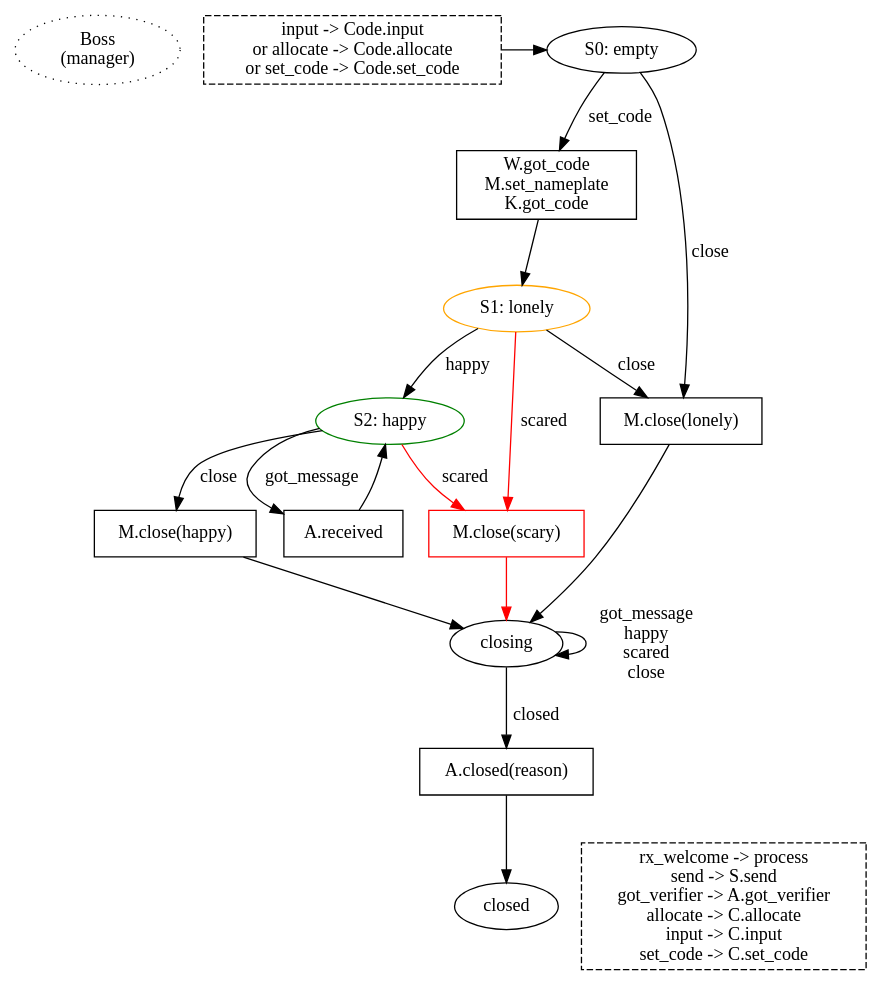
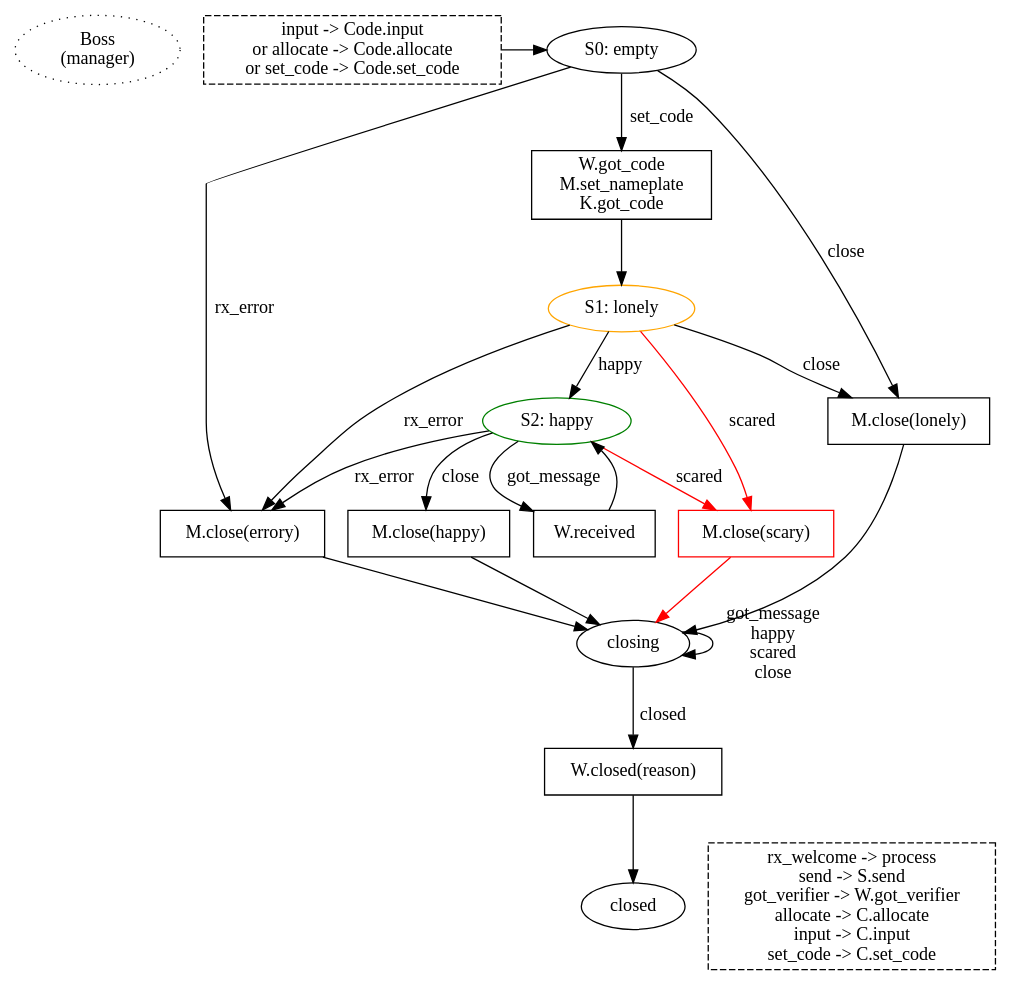
The diagram in docs/boss.dot (magic-wormhole/magic-wormhole), drawn with Graphviz before and after one commit. The commit also changed 9 other files, not shown here.

```diff
--- a/docs/boss.dot
+++ b/docs/boss.dot
@@ -1,61 +1,66 @@
 digraph {
 
         /* could shave a RTT by committing to the nameplate early, before
         finishing the rest of the code input. While the user is still
         typing/completing the code, we claim the nameplate, open the mailbox,
         and retrieve the peer's PAKE message. Then as soon as the user
         finishes entering the code, we build our own PAKE message, send PAKE,
         compute the key, send VERSION. Starting from the Return, this saves
         two round trips. OTOH it adds consequences to hitting Tab. */
 
         start [label="Boss\n(manager)" style="dotted"]
 
         {rank=same; P0_code S0}
         P0_code [shape="box" style="dashed"
                  label="input -> Code.input\n or allocate -> Code.allocate\n or set_code -> Code.set_code"]
         P0_code -> S0
         S0 [label="S0: empty"]
         S0 -> P0_build [label="set_code"]
 
+        S0 -> P_close_error [label="rx_error"]
+        P_close_error [shape="box" label="M.close(errory)"]
+        P_close_error -> S_closing
         S0 -> P_close_lonely [label="close"]
 
         P0_build [shape="box" label="W.got_code\nM.set_nameplate\nK.got_code"]
         P0_build -> S1
         S1 [label="S1: lonely" color="orange"]
 
         S1 -> S2 [label="happy"]
 
+        S1 -> P_close_error [label="rx_error"]
         S1 -> P_close_scary [label="scared" color="red"]
         S1 -> P_close_lonely [label="close"]
         P_close_lonely [shape="box" label="M.close(lonely)"]
         P_close_lonely -> S_closing
 
         P_close_scary [shape="box" label="M.close(scary)" color="red"]
         P_close_scary -> S_closing [color="red"]
 
         S2 [label="S2: happy" color="green"]
         S2 -> P2_close [label="close"]
         P2_close [shape="box" label="M.close(happy)"]
         P2_close -> S_closing
 
         S2 -> P2_got_message [label="got_message"]
-        P2_got_message [shape="box" label="A.received"]
+        P2_got_message [shape="box" label="W.received"]
         P2_got_message -> S2
 
+        S2 -> P_close_error [label="rx_error"]
         S2 -> P_close_scary [label="scared" color="red"]
 
         S_closing [label="closing"]
         S_closing -> P_closed [label="closed"]
         S_closing -> S_closing [label="got_message\nhappy\nscared\nclose"]
 
-        P_closed [shape="box" label="A.closed(reason)"]
+        P_closed [shape="box" label="W.closed(reason)"]
         P_closed -> S_closed
         S_closed [label="closed"]
 
         {rank=same; Other S_closed}
         Other [shape="box" style="dashed"
-               label="rx_welcome -> process\nsend -> S.send\ngot_verifier -> A.got_verifier\nallocate -> C.allocate\ninput -> C.input\nset_code -> C.set_code"
+               label="rx_welcome -> process\nsend -> S.send\ngot_verifier -> W.got_verifier\nallocate -> C.allocate\ninput -> C.input\nset_code -> C.set_code"
                ]
 
 
 }
```
